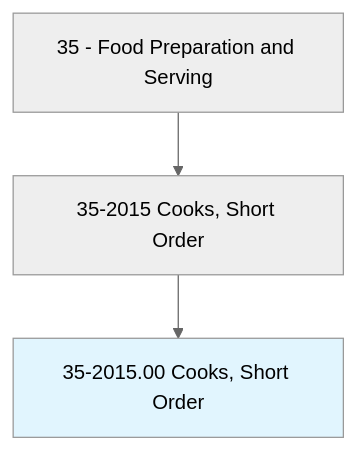
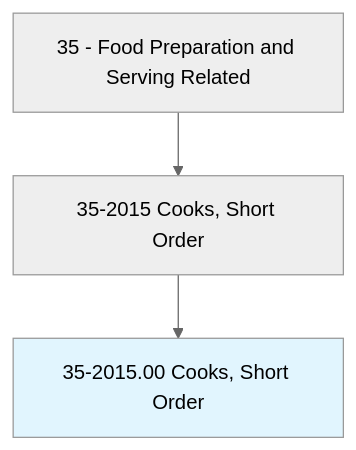
Before and after one commit to kziemski/business.org.ai: the first of 4 diagrams in occupations/FoodService/CooksShortOrder.mdx, drawn with Mermaid (neutral theme). The commit also changed other lines of this file and 938 other files, not shown here.

````diff
--- a/occupations/FoodService/CooksShortOrder.mdx
+++ b/occupations/FoodService/CooksShortOrder.mdx
@@ -19,6 +23,6 @@
 ```mermaid
 graph TD
-    Cat35["35 - Food Preparation and Serving"] --> Group352015["35-2015 Cooks, Short Order"]
+    Cat35["35 - Food Preparation and Serving Related"] --> Group352015["35-2015 Cooks, Short Order"]
     Group352015 --> Current["35-2015.00 Cooks, Short Order"]
     style Current fill:#e1f5fe
 ```
````
